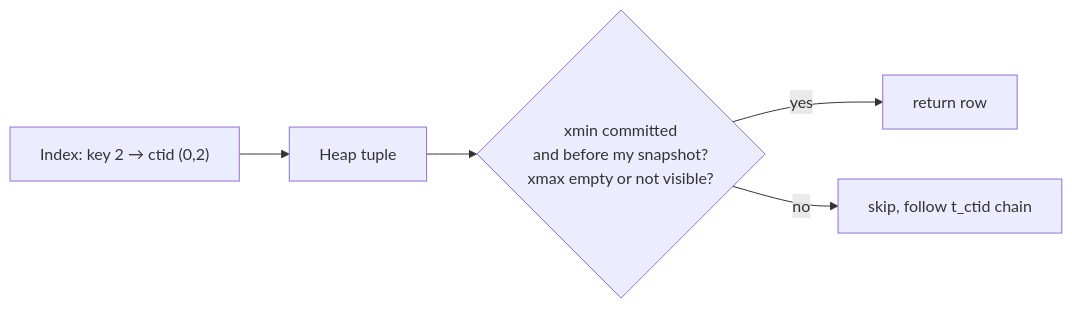
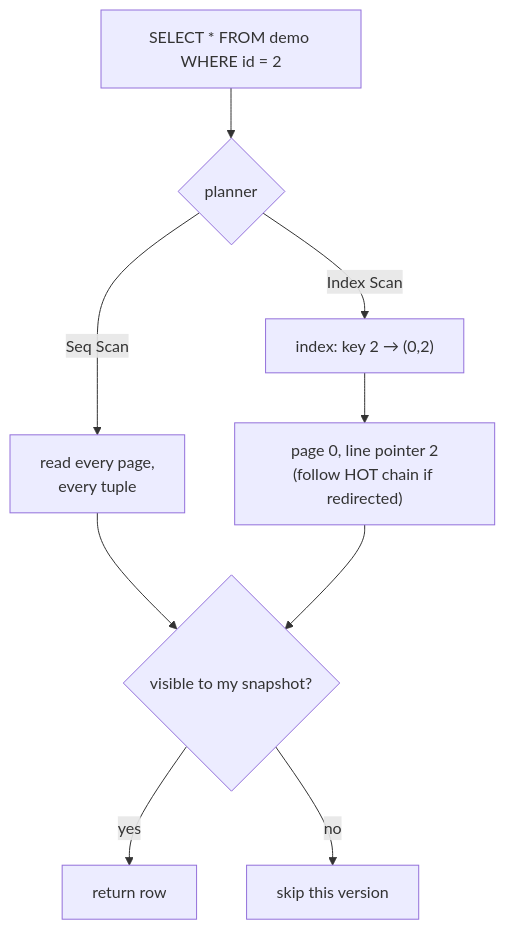
One commit to wesamkhateeb98-creator/postgresql-zero-to-hero changed the third of 5 diagrams in Doc/00-introduction/05-crud-internals.md. Above: the diagram before and after it, drawn with Mermaid. The commit also changed other lines of this file and 33 other files, not shown here.

First line of the commit message:
Add PL/pgSQL phase, rework architecture/storage/CRUD docs

````diff
--- a/Doc/00-introduction/05-crud-internals.md
+++ b/Doc/00-introduction/05-crud-internals.md
@@ -25,6 +46,11 @@
 ```mermaid
-flowchart LR
-    I["Index: key 2 → ctid (0,2)"] --> H["Heap tuple"] --> V{"xmin committed<br/>and before my snapshot?<br/>xmax empty or not visible?"}
+flowchart TB
+    Q["SELECT * FROM demo WHERE id = 2"] --> P{"planner"}
+    P -->|"Seq Scan"| S["read every page,<br/>every tuple"]
+    P -->|"Index Scan"| I["index: key 2 → (0,2)"]
+    I --> H["page 0, line pointer 2<br/>(follow HOT chain if redirected)"]
+    S --> V{"visible to my snapshot?"}
+    H --> V
     V -->|"yes"| R["return row"]
-    V -->|"no"| S["skip, follow t_ctid chain"]
+    V -->|"no"| K["skip this version"]
 ```
````
